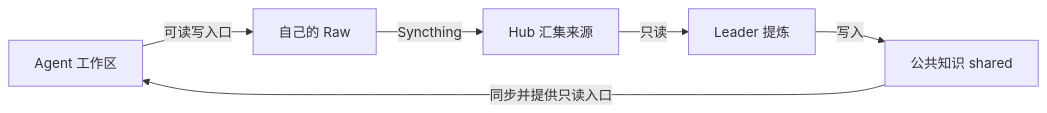
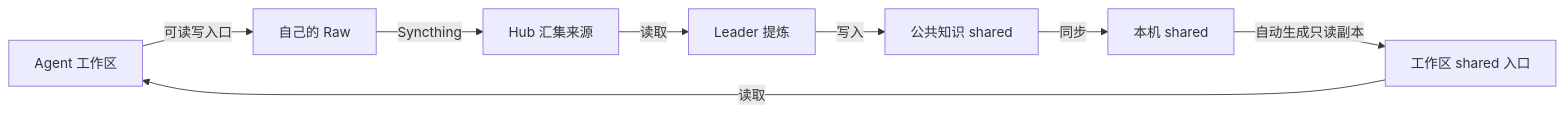
Before and after one commit to youranreus/KiokuNet: the diagram in README.md, drawn with Mermaid. The commit also changed other lines of this file and 34 other files, not shown here.

````diff
--- a/README.md
+++ b/README.md
@@ -35,8 +35,10 @@
 ```mermaid
 flowchart LR
   A[Agent 工作区] -->|可读写入口| R[自己的 Raw]
   R -->|Syncthing| H[Hub 汇集来源]
-  H -->|只读| L[Leader 提炼]
+  H -->|读取| L[Leader 提炼]
   L -->|写入| S[公共知识 shared]
-  S -->|同步并提供只读入口| A
+  S -->|同步| C[本机 shared]
+  C -->|自动生成只读副本| V[工作区 shared 入口]
+  V -->|读取| A
 ```
````
